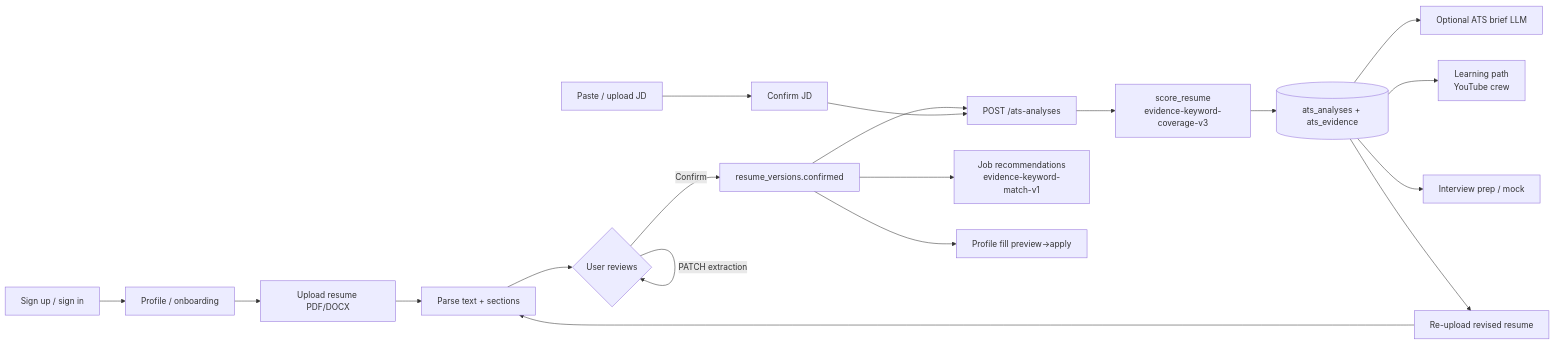
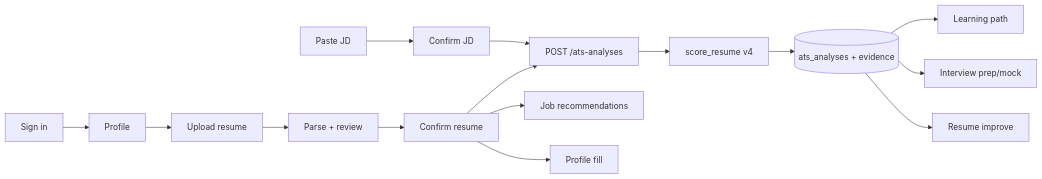
The second of 8 diagrams in docs/DOCUMENTATION.md (RonakkudalAI/AI-Career-Copilot), drawn with Mermaid before and after one commit. The commit also changed other lines of this file and 28 other files, not shown here.

````diff
--- a/docs/DOCUMENTATION.md
+++ b/docs/DOCUMENTATION.md
@@ -1046,21 +850,17 @@
 ```mermaid
 flowchart LR
-  A[Sign up / sign in] --> B[Profile / onboarding]
-  B --> C[Upload resume PDF/DOCX]
-  C --> D[Parse text + sections]
-  D --> E{User reviews}
-  E -->|PATCH extraction| E
-  E -->|Confirm| F[resume_versions.confirmed]
-  G[Paste / upload JD] --> H[Confirm JD]
-  F --> I[POST /ats-analyses]
-  H --> I
-  I --> J[score_resume<br/>evidence-keyword-coverage-v3]
-  J --> K[(ats_analyses + ats_evidence)]
-  K --> L[Optional ATS brief LLM]
-  K --> M[Learning path<br/>YouTube crew]
-  K --> N[Interview prep / mock]
-  F --> O[Job recommendations<br/>evidence-keyword-match-v1]
-  F --> P[Profile fill preview→apply]
-  K --> Q[Re-upload revised resume]
-  Q --> D
+  A[Sign in] --> B[Profile]
+  B --> C[Upload resume]
+  C --> D[Parse + review]
+  D --> E[Confirm resume]
+  F[Paste JD] --> G[Confirm JD]
+  E --> H[POST /ats-analyses]
+  G --> H
+  H --> I[score_resume v4]
+  I --> J[(ats_analyses + evidence)]
+  J --> K[Learning path]
+  J --> L[Interview prep/mock]
+  E --> M[Job recommendations]
+  E --> N[Profile fill]
+  J --> O[Resume improve]
 ```
````
